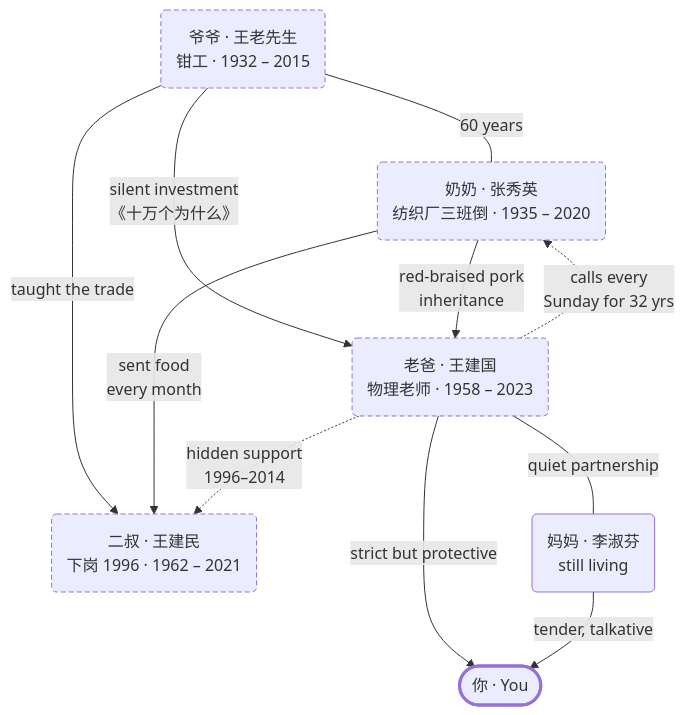
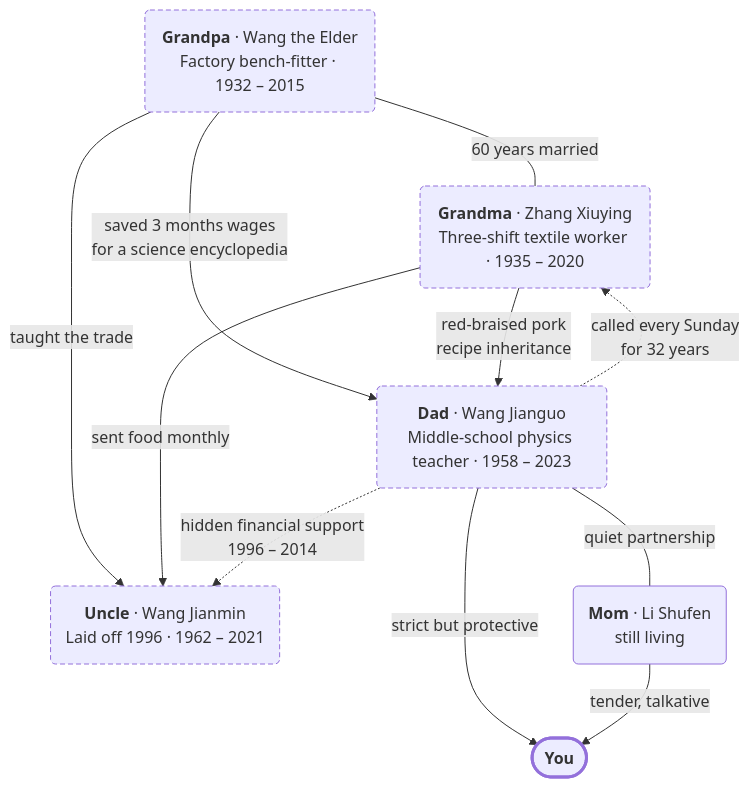
Before and after one commit to KeWang0622/pantheon-skill: the first of 3 diagrams in README.md, drawn with Mermaid. The commit also changed other lines of this file, not shown here.

First line of the commit message:
docs(readme): English-first audit + add 'When you'd actually use this' use-case section

````diff
--- a/README.md
+++ b/README.md
@@ -159,26 +261,26 @@
 ```mermaid
 graph TD
-    G("爷爷 · 王老先生<br/>钳工 · 1932 – 2015")
-    Gma("奶奶 · 张秀英<br/>纺织厂三班倒 · 1935 – 2020")
-    Uncle("二叔 · 王建民<br/>下岗 1996 · 1962 – 2021")
-    Dad("老爸 · 王建国<br/>物理老师 · 1958 – 2023")
-    Mom("妈妈 · 李淑芬<br/>still living")
-    You(["你 · You"])
+    G("<b>Grandpa</b> · Wang the Elder<br/>Factory bench-fitter · 1932 – 2015")
+    Gma("<b>Grandma</b> · Zhang Xiuying<br/>Three-shift textile worker · 1935 – 2020")
+    Uncle("<b>Uncle</b> · Wang Jianmin<br/>Laid off 1996 · 1962 – 2021")
+    Dad("<b>Dad</b> · Wang Jianguo<br/>Middle-school physics teacher · 1958 – 2023")
+    Mom("<b>Mom</b> · Li Shufen<br/>still living")
+    You(["<b>You</b>"])
 
-    G ---|"60 years"| Gma
-    G -->|"silent investment<br/>《十万个为什么》"| Dad
+    G ---|"60 years married"| Gma
+    G -->|"saved 3 months wages<br/>for a science encyclopedia"| Dad
     G -->|"taught the trade"| Uncle
-    Gma -->|"red-braised pork<br/>inheritance"| Dad
-    Gma -->|"sent food<br/>every month"| Uncle
+    Gma -->|"red-braised pork<br/>recipe inheritance"| Dad
+    Gma -->|"sent food monthly"| Uncle
     Dad ---|"quiet partnership"| Mom
     Dad -->|"strict but protective"| You
     Mom -->|"tender, talkative"| You
-    Dad -.->|"calls every<br/>Sunday for 32 yrs"| Gma
-    Dad -.->|"hidden support<br/>1996–2014"| Uncle
+    Dad -.->|"called every Sunday<br/>for 32 years"| Gma
+    Dad -.->|"hidden financial support<br/>1996 – 2014"| Uncle
 
     style G stroke-dasharray: 5 3
     style Gma stroke-dasharray: 5 3
     style Uncle stroke-dasharray: 5 3
     style Dad stroke-dasharray: 5 3
     style You stroke-width:3px
 ```
````
